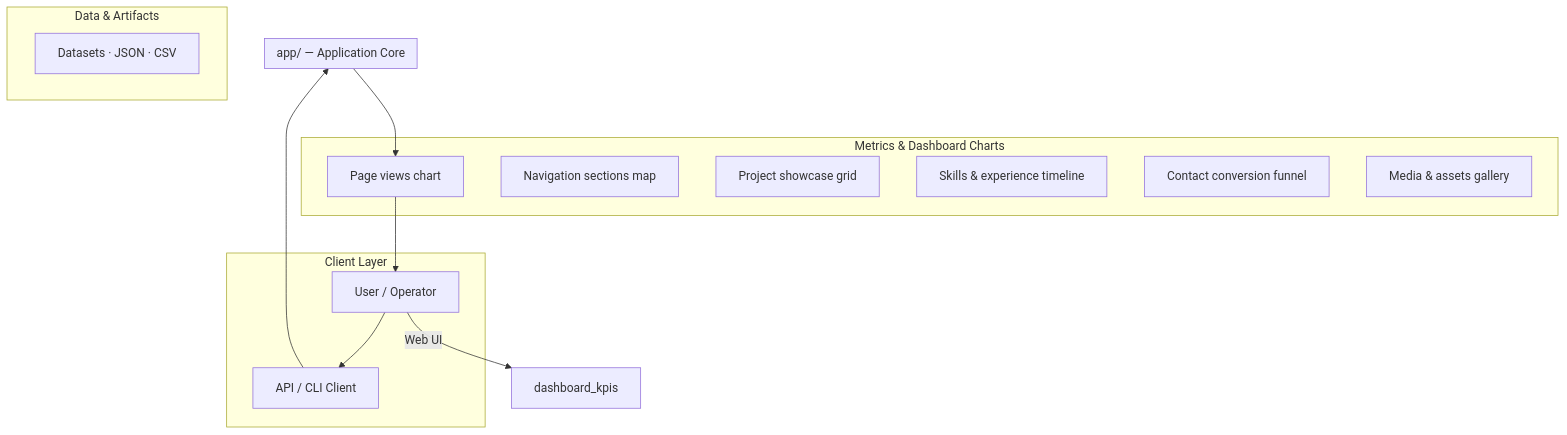
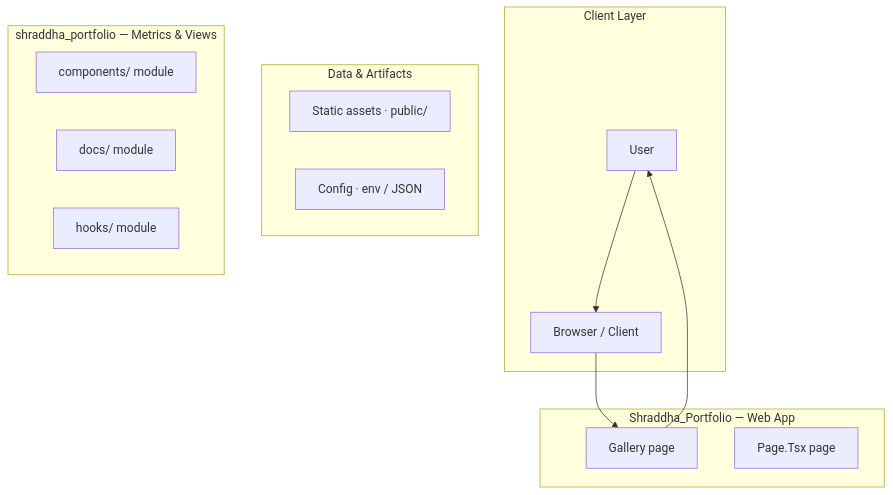
The first of 4 diagrams in README.md (Punyamittal/shraddha_portfolio), drawn with Mermaid before and after one commit. The commit also changed other lines of this file, not shown here.

````diff
--- a/README.md
+++ b/README.md
@@ -209,29 +166,29 @@
 ```mermaid
 graph TB
     subgraph Client["Client Layer"]
-        user["User / Operator"]
-        api_client["API / CLI Client"]
+        user["User"]
+        browser["Browser / Client"]
     end
 
-    subgraph Core["app/ — Application Core"]
+    subgraph Core["Shraddha_Portfolio — Web App"]
+        gallery["Gallery<br/>/gallery"]
+        page_tsx["Page.Tsx<br/>/page.tsx"]
     end
 
     subgraph Data["Data & Artifacts"]
-        datasets["Datasets · JSON · CSV"]
+        assets["Static assets · public/"]
+        config["Config · env / JSON"]
     end
 
-    subgraph Charts["Metrics & Dashboard Charts"]
-        page_views["Page views chart"]
-        nav_sections["Navigation sections map"]
-        project_showcase["Project showcase grid"]
-        skills_timeline["Skills & experience timeline"]
-        contact_funnel["Contact conversion funnel"]
-        media_gallery["Media & assets gallery"]
+    subgraph Charts["shraddha_portfolio — Metrics & Views"]
+        gallery["Gallery page"]
+        page_tsx["Page.Tsx page"]
+        components["components/ module"]
+        docs["docs/ module"]
+        hooks["hooks/ module"]
     end
 
-    user --> api_client
-    api_client --> Core
-    user -->|Web UI| dashboard_kpis
-    Core --> page_views
-    page_views --> user
+    user --> browser
+    browser --> gallery
+    gallery --> user
 ```
````
